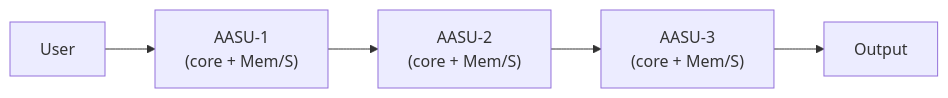
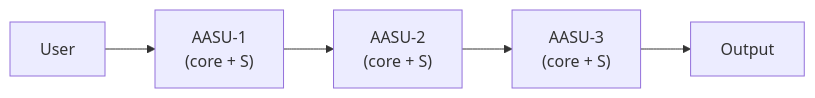
One commit to SAISec/AASU changed the second of 3 diagrams in README.md. Above: the diagram before and after it, drawn with Mermaid. The commit also changed other lines of this file and 16 other files, not shown here.

````diff
--- a/README.md
+++ b/README.md
@@ -51,7 +50,7 @@
 ```mermaid
 flowchart LR
-  User --> A1["AASU-1<br/>(core + Mem/S)"]
-  A1 --> A2["AASU-2<br/>(core + Mem/S)"]
-  A2 --> A3["AASU-3<br/>(core + Mem/S)"]
+  User --> A1["AASU-1<br/>(core + S)"]
+  A1 --> A2["AASU-2<br/>(core + S)"]
+  A2 --> A3["AASU-3<br/>(core + S)"]
   A3 --> Output
 ```
````
